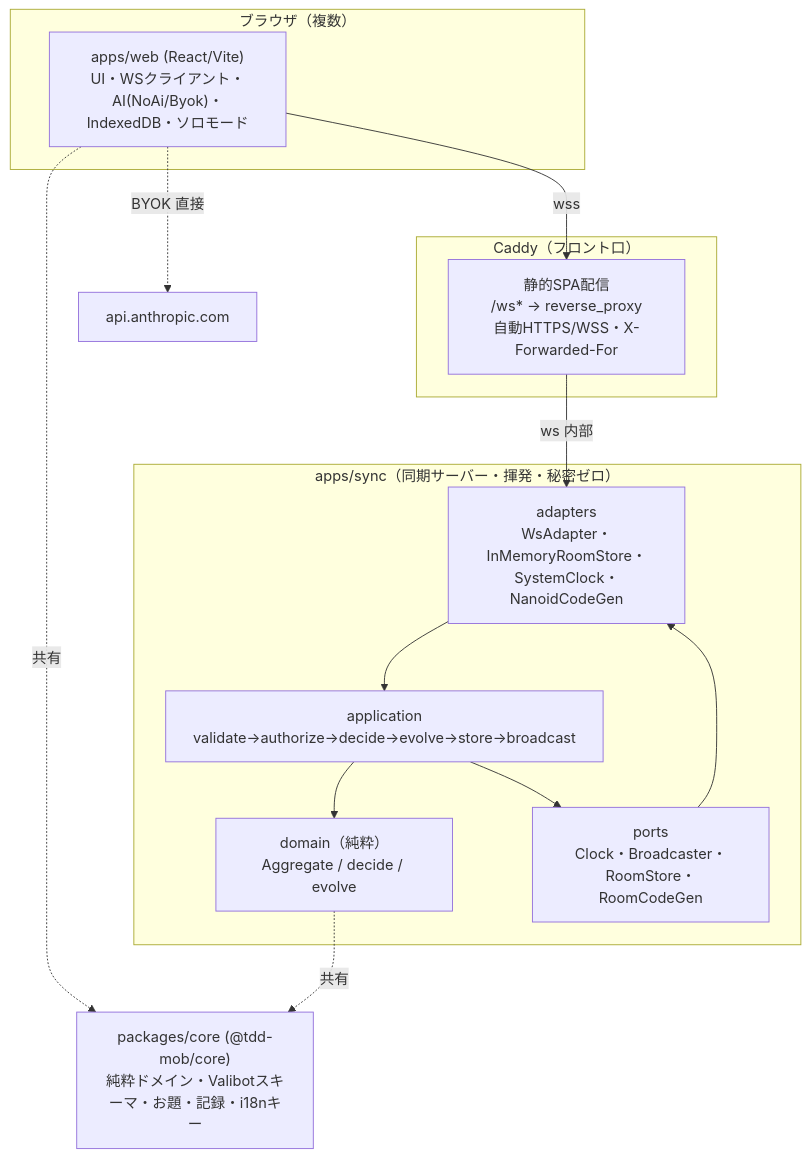
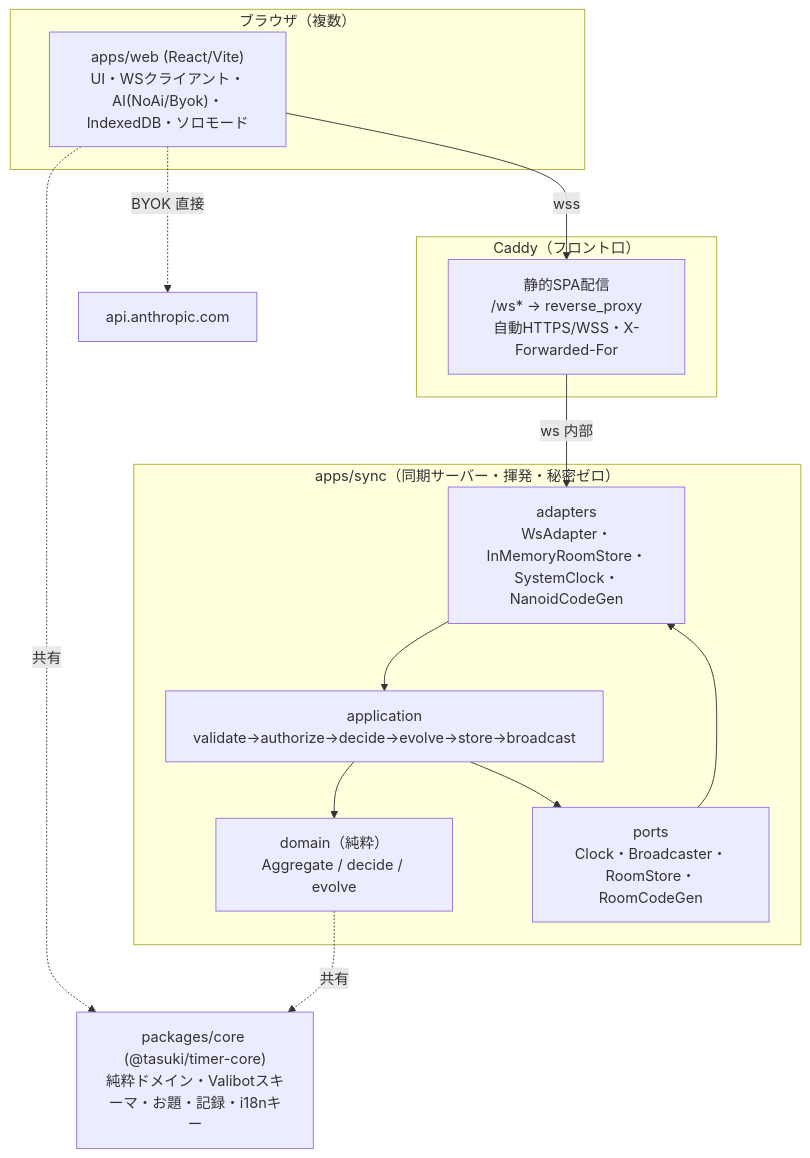
The first of 2 diagrams in docs/plans/tdd-mob-pro-timer/plan.md (tomohiroJin/tasuki-tools), drawn with Mermaid before and after one commit. The commit also changed other lines of this file and 691 other files, not shown here.

````diff
--- a/docs/plans/tdd-mob-pro-timer/plan.md
+++ b/docs/plans/tdd-mob-pro-timer/plan.md
@@ -55,22 +55,22 @@
 ```mermaid
 flowchart TB
   subgraph Browser["ブラウザ（複数）"]
     Web["apps/web (React/Vite)\nUI・WSクライアント・AI(NoAi/Byok)・IndexedDB・ソロモード"]
   end
   subgraph Edge["Caddy（フロント口）"]
     Caddy["静的SPA配信\n/ws* → reverse_proxy\n自動HTTPS/WSS・X-Forwarded-For"]
   end
   subgraph Sync["apps/sync（同期サーバー・揮発・秘密ゼロ）"]
     App["application\nvalidate→authorize→decide→evolve→store→broadcast"]
     Dom["domain（純粋）\nAggregate / decide / evolve"]
     Ports["ports\nClock・Broadcaster・RoomStore・RoomCodeGen"]
     Adapters["adapters\nWsAdapter・InMemoryRoomStore・SystemClock・NanoidCodeGen"]
   end
-  Core["packages/core (@tdd-mob/core)\n純粋ドメイン・Valibotスキーマ・お題・記録・i18nキー"]
+  Core["packages/core (@tasuki/timer-core)\n純粋ドメイン・Valibotスキーマ・お題・記録・i18nキー"]
 
   Web -->|wss| Caddy -->|ws 内部| Adapters --> App --> Dom
   App --> Ports --> Adapters
   Web -.->|BYOK 直接| Anthropic["api.anthropic.com"]
   Web -. 共有 .-> Core
   Dom -. 共有 .-> Core
 ```
````
